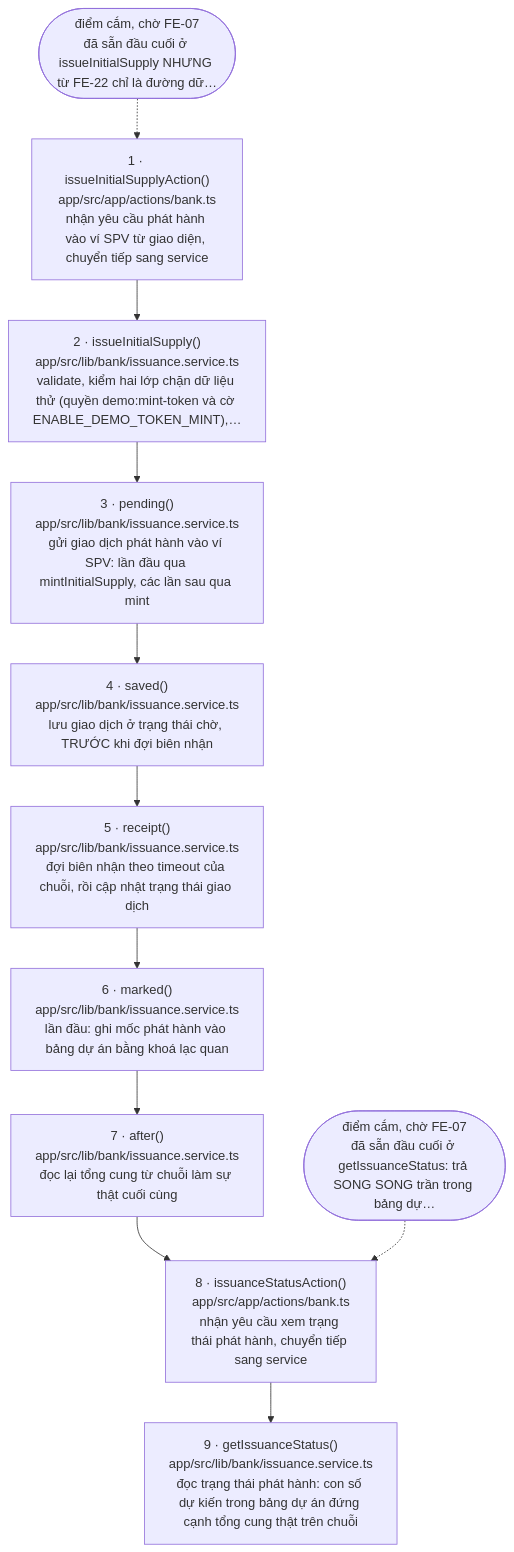
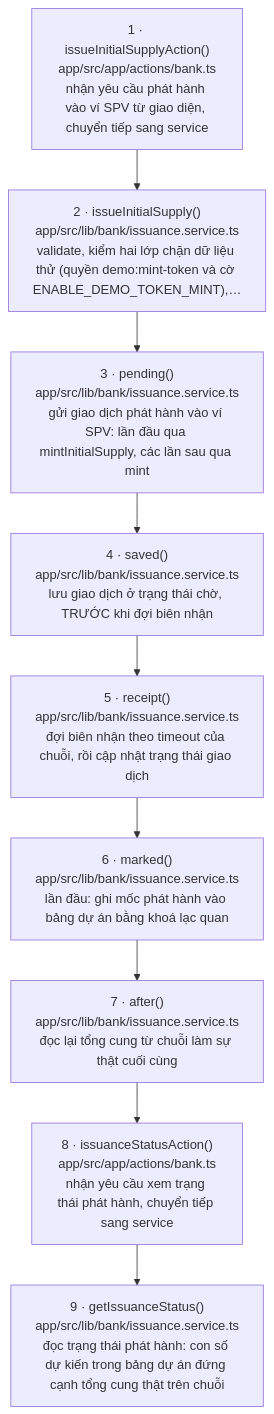
The diagram in docs/flows/issue.md (tuannino/bidv-rwa-tokenize), drawn with Mermaid before and after one commit. The commit also changed other lines of this file and 19 other files, not shown here.

````diff
--- a/docs/flows/issue.md
+++ b/docs/flows/issue.md
@@ -20,24 +20,20 @@
 ```mermaid
 flowchart TD
   s1["1 · issueInitialSupplyAction()<br/>app/src/app/actions/bank.ts<br/>nhận yêu cầu phát hành vào ví SPV từ giao diện, chuyển tiếp sang service"]
   s2["2 · issueInitialSupply()<br/>app/src/lib/bank/issuance.service.ts<br/>validate, kiểm hai lớp chặn dữ liệu thử (quyền demo:mint-token và cờ ENABLE_DEMO_TOKEN_MINT),…"]
   s3["3 · pending()<br/>app/src/lib/bank/issuance.service.ts<br/>gửi giao dịch phát hành vào ví SPV: lần đầu qua mintInitialSupply, các lần sau qua mint"]
   s4["4 · saved()<br/>app/src/lib/bank/issuance.service.ts<br/>lưu giao dịch ở trạng thái chờ, TRƯỚC khi đợi biên nhận"]
   s5["5 · receipt()<br/>app/src/lib/bank/issuance.service.ts<br/>đợi biên nhận theo timeout của chuỗi, rồi cập nhật trạng thái giao dịch"]
   s6["6 · marked()<br/>app/src/lib/bank/issuance.service.ts<br/>lần đầu: ghi mốc phát hành vào bảng dự án bằng khoá lạc quan"]
   s7["7 · after()<br/>app/src/lib/bank/issuance.service.ts<br/>đọc lại tổng cung từ chuỗi làm sự thật cuối cùng"]
   s8["8 · issuanceStatusAction()<br/>app/src/app/actions/bank.ts<br/>nhận yêu cầu xem trạng thái phát hành, chuyển tiếp sang service"]
   s9["9 · getIssuanceStatus()<br/>app/src/lib/bank/issuance.service.ts<br/>đọc trạng thái phát hành: con số dự kiến trong bảng dự án đứng cạnh tổng cung thật trên chuỗi"]
-  w1(["điểm cắm, chờ FE-07<br/>đã sẵn đầu cuối ở issueInitialSupply NHƯNG từ FE-22 chỉ là đường dữ…"])
-  w2(["điểm cắm, chờ FE-07<br/>đã sẵn đầu cuối ở getIssuanceStatus: trả SONG SONG trần trong bảng dự…"])
   s1 --> s2
   s2 --> s3
   s3 --> s4
   s4 --> s5
   s5 --> s6
   s6 --> s7
   s7 --> s8
   s8 --> s9
-  w1 -.-> s1
-  w2 -.-> s8
 ```
````
